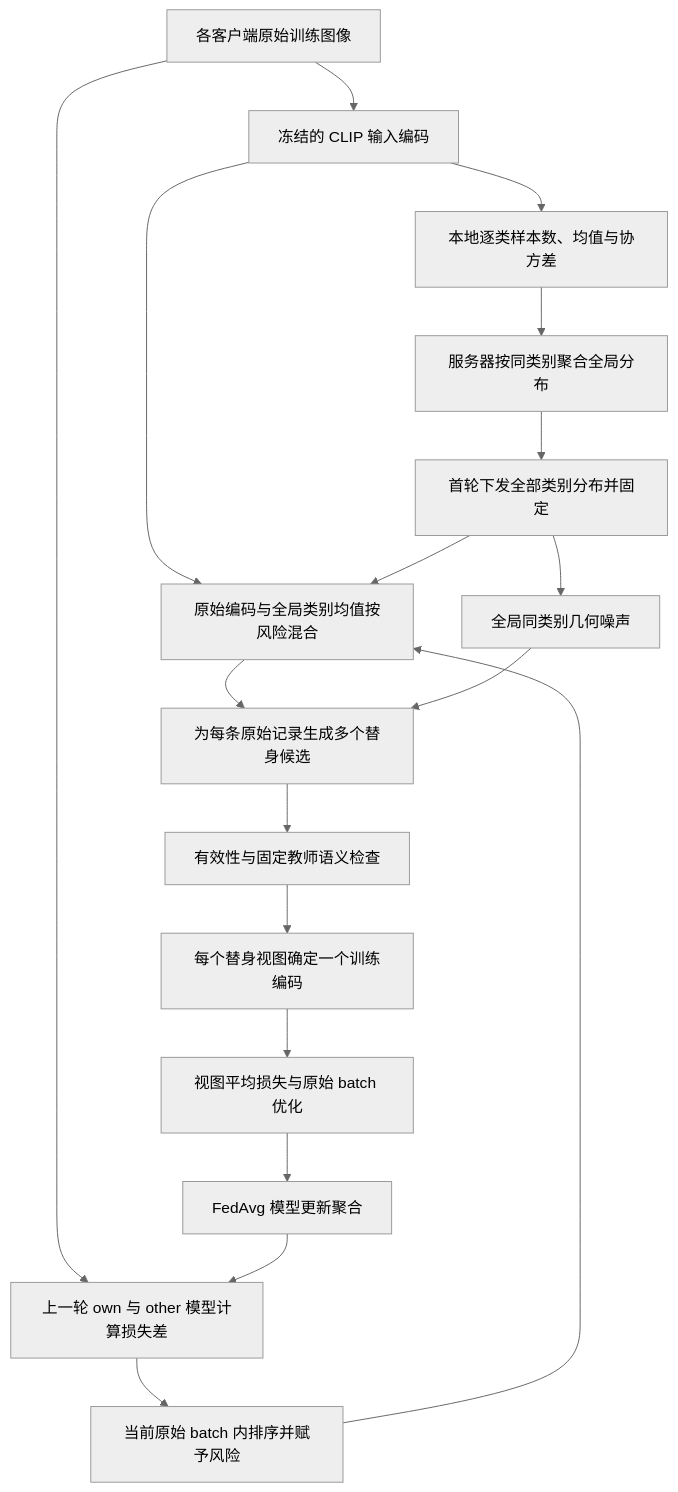
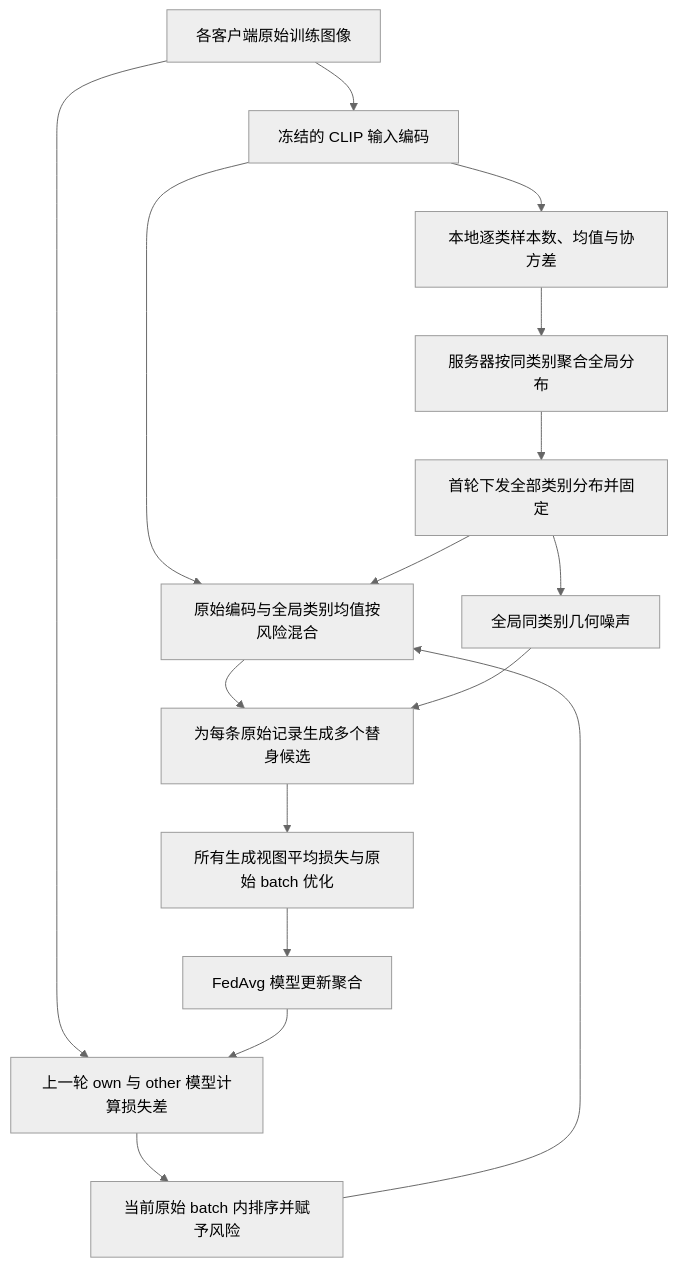
The diagram in docs/risk_synthesis_method.md (bo-wang-bob/Privacy), drawn with Mermaid (neutral theme) before and after one commit. The commit also changed other lines of this file and 23 other files, not shown here.

First line of the commit message:
feat(synthesis): 全部生成视图直接训练并移除候选筛选与固定教师

````diff
--- a/docs/risk_synthesis_method.md
+++ b/docs/risk_synthesis_method.md
@@ -13,20 +13,18 @@
 ```mermaid
 flowchart TD
     A[各客户端原始训练图像] --> B[冻结的 CLIP 输入编码]
     B --> C[本地逐类样本数、均值与协方差]
     C --> D[服务器按同类别聚合全局分布]
     D --> E[首轮下发全部类别分布并固定]
     A --> F[上一轮 own 与 other 模型计算损失差]
     F --> G[当前原始 batch 内排序并赋予风险]
     B --> H[原始编码与全局类别均值按风险混合]
     G --> H
     E --> H
     E --> I[全局同类别几何噪声]
     H --> J[为每条原始记录生成多个替身候选]
     I --> J
-    J --> K[有效性与固定教师语义检查]
-    K --> L[每个替身视图确定一个训练编码]
-    L --> M[视图平均损失与原始 batch 优化]
+    J --> M[所有生成视图平均损失与原始 batch 优化]
     M --> N[FedAvg 模型更新聚合]
     N --> F
 ```
````
